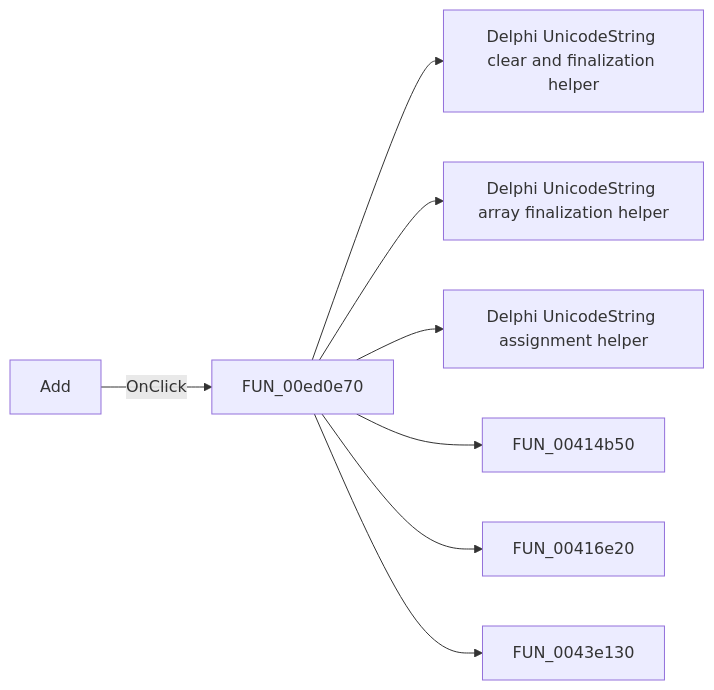
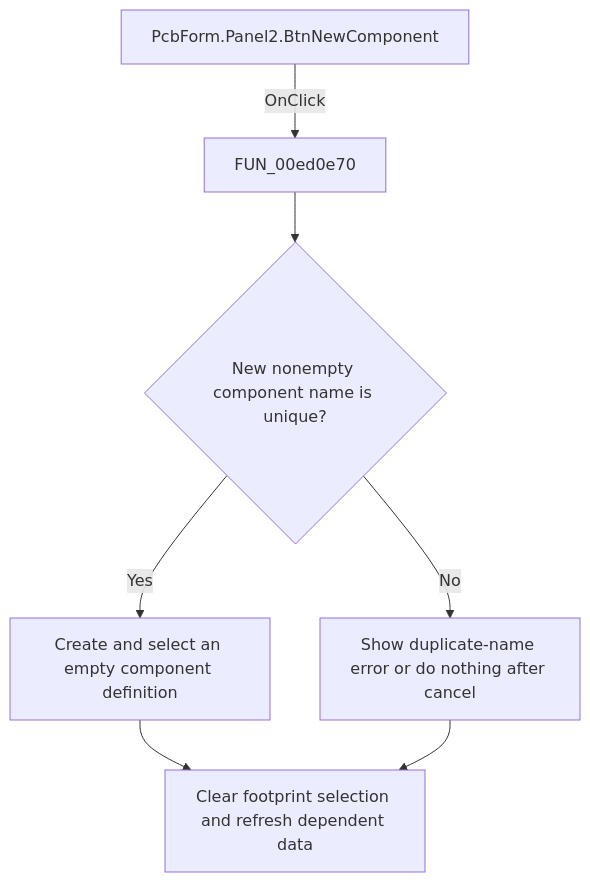
Before and after one commit to MovGP0/TIARA: the diagram in docs/ui-controls/pcbform/btnnewcomponent-4b60cfb2f5.md, drawn with Mermaid. The commit also changed other lines of this file and 1062 other files, not shown here.

````diff
--- a/docs/ui-controls/pcbform/btnnewcomponent-4b60cfb2f5.md
+++ b/docs/ui-controls/pcbform/btnnewcomponent-4b60cfb2f5.md
@@ -27,10 +29,9 @@
 ```mermaid
-flowchart LR
-    control["Add"] -->|OnClick| handler["FUN_00ed0e70"]
-    handler --> call1["Delphi UnicodeString clear and finalization helper"]
-    handler --> call2["Delphi UnicodeString array finalization helper"]
-    handler --> call3["Delphi UnicodeString assignment helper"]
-    handler --> call4["FUN_00414b50"]
-    handler --> call5["FUN_00416e20"]
-    handler --> call6["FUN_0043e130"]
+flowchart TD
+    control["PcbForm.Panel2.BtnNewComponent"] -->|OnClick| handler["FUN_00ed0e70"]
+    handler --> decision{"New nonempty component name is unique?"}
+    decision -->|Yes| action["Create and select an empty component definition"]
+    decision -->|No| noop["Show duplicate-name error or do nothing after cancel"]
+    action --> outcome["Clear footprint selection and refresh dependent data"]
+    noop --> outcome
 ```
````
